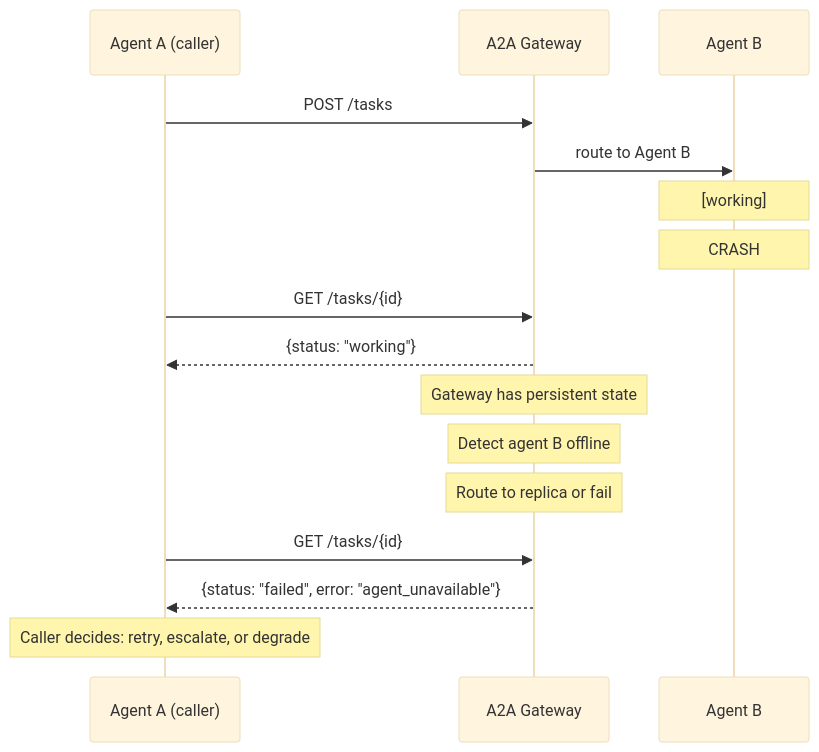
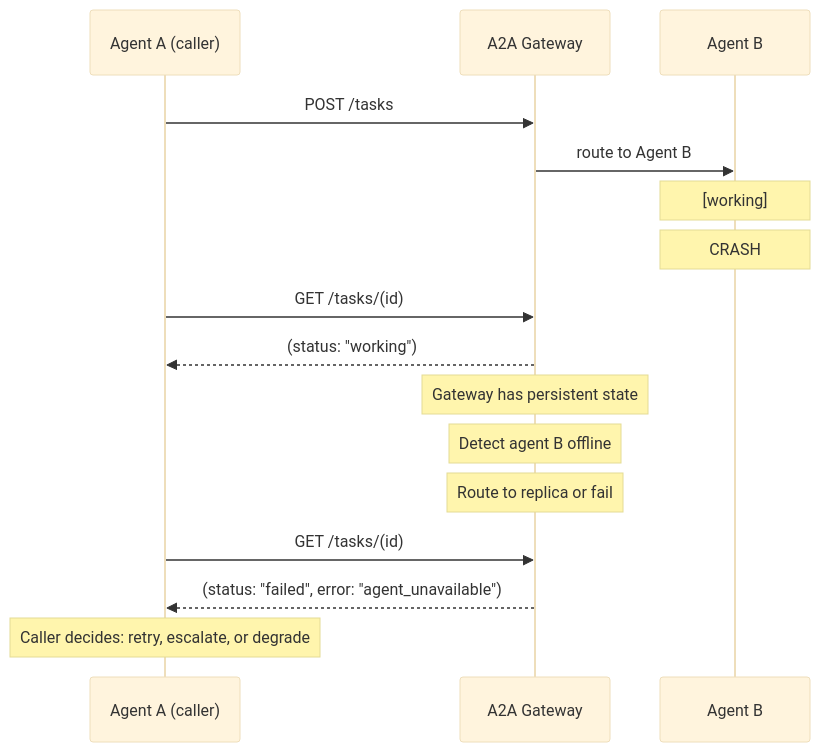
Before and after one commit to skbnai/archon: the second of 6 diagrams in docs/protocols/parts/20-emerging-protocols-crosscutting-part2.md, drawn with Mermaid (base theme). The commit also changed other lines of this file and 10 other files, not shown here.

First line of the commit message:
fix(sidebar,protocols): populate sidebar nav + fix mermaid brace parse errors

````diff
--- a/docs/protocols/parts/20-emerging-protocols-crosscutting-part2.md
+++ b/docs/protocols/parts/20-emerging-protocols-crosscutting-part2.md
@@ -133,18 +133,18 @@
 ```mermaid
 sequenceDiagram
     participant A as Agent A (caller)
     participant GW as A2A Gateway
     participant B as Agent B
     A->>GW: POST /tasks
     GW->>B: route to Agent B
     Note over B: [working]
     Note over B: CRASH
-    A->>GW: GET /tasks/{id}
-    GW-->>A: {status: "working"}
+    A->>GW: GET /tasks/(id)
+    GW-->>A: (status: "working")
     Note over GW: Gateway has persistent state
     Note over GW: Detect agent B offline
     Note over GW: Route to replica or fail
-    A->>GW: GET /tasks/{id}
-    GW-->>A: {status: "failed", error: "agent_unavailable"}
+    A->>GW: GET /tasks/(id)
+    GW-->>A: (status: "failed", error: "agent_unavailable")
     Note over A: Caller decides: retry, escalate, or degrade
 ```
````
